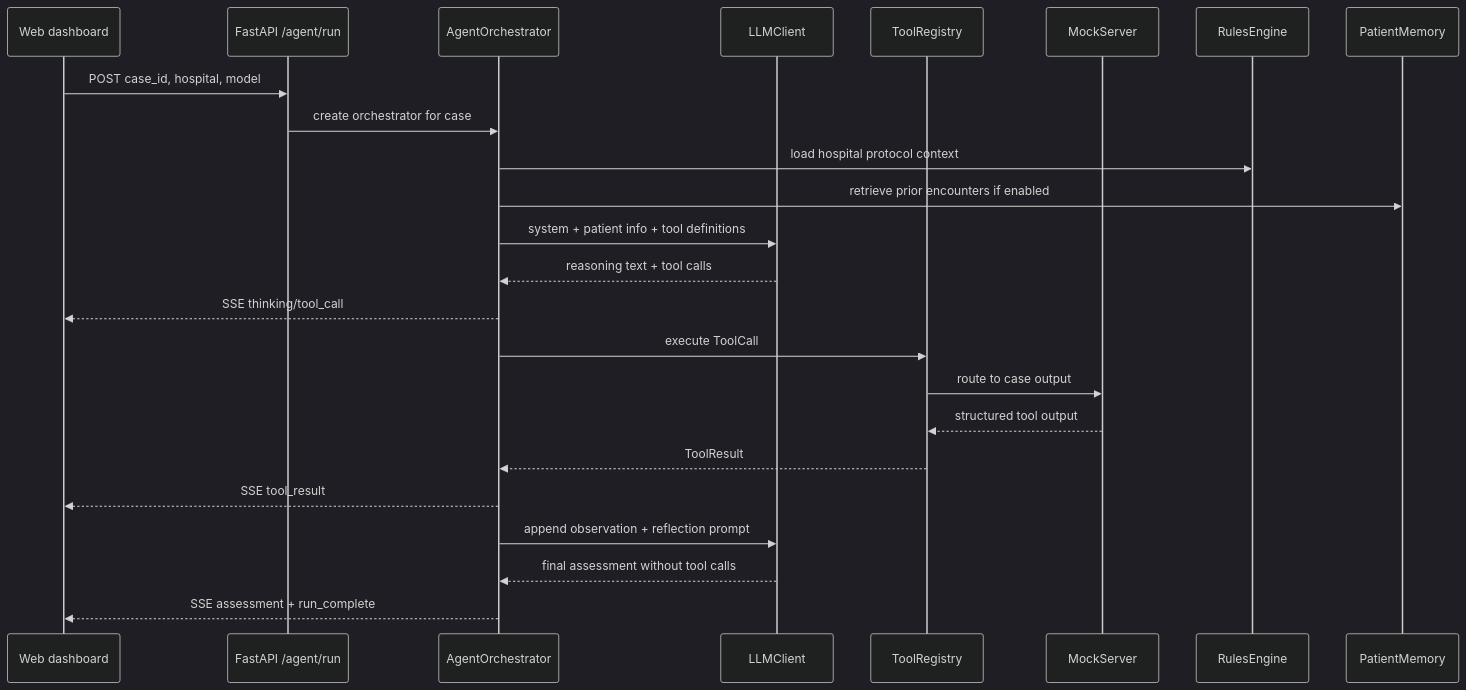
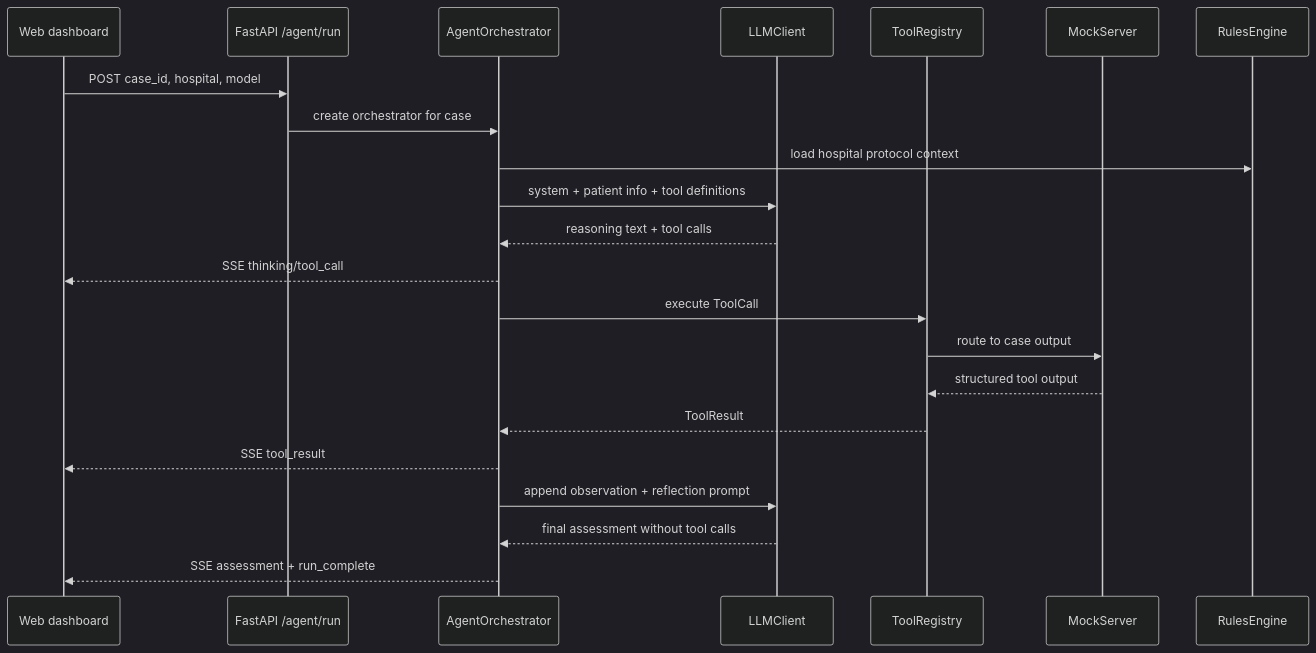
One commit to Prot10/medical-agents changed the second of 10 diagrams in ARCHITECTURE_REPO_BREAKDOWN.md. Above: the diagram before and after it, drawn with Mermaid (dark theme). The commit also changed other lines of this file and 19 other files, not shown here.

````diff
--- a/ARCHITECTURE_REPO_BREAKDOWN.md
+++ b/ARCHITECTURE_REPO_BREAKDOWN.md
@@ -48,27 +47,25 @@
 ```mermaid
 sequenceDiagram
   participant UI as Web dashboard
   participant API as FastAPI /agent/run
   participant O as AgentOrchestrator
   participant L as LLMClient
   participant T as ToolRegistry
   participant M as MockServer
   participant R as RulesEngine
-  participant Mem as PatientMemory
 
   UI->>API: POST case_id, hospital, model
   API->>O: create orchestrator for case
   O->>R: load hospital protocol context
-  O->>Mem: retrieve prior encounters if enabled
   O->>L: system + patient info + tool definitions
   L-->>O: reasoning text + tool calls
   O-->>UI: SSE thinking/tool_call
   O->>T: execute ToolCall
   T->>M: route to case output
   M-->>T: structured tool output
   T-->>O: ToolResult
   O-->>UI: SSE tool_result
   O->>L: append observation + reflection prompt
   L-->>O: final assessment without tool calls
   O-->>UI: SSE assessment + run_complete
 ```
````
